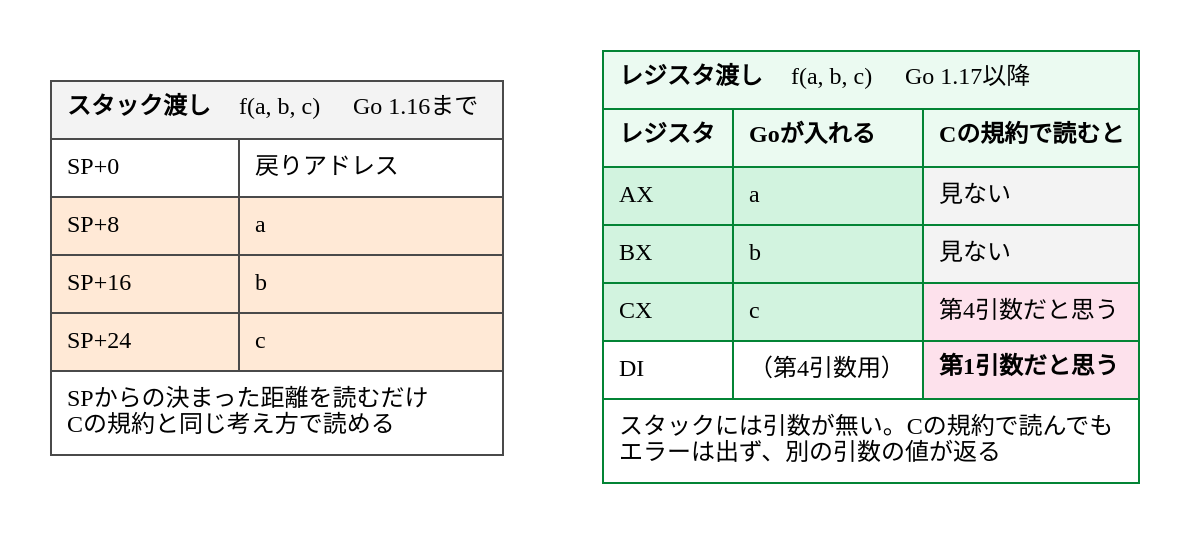
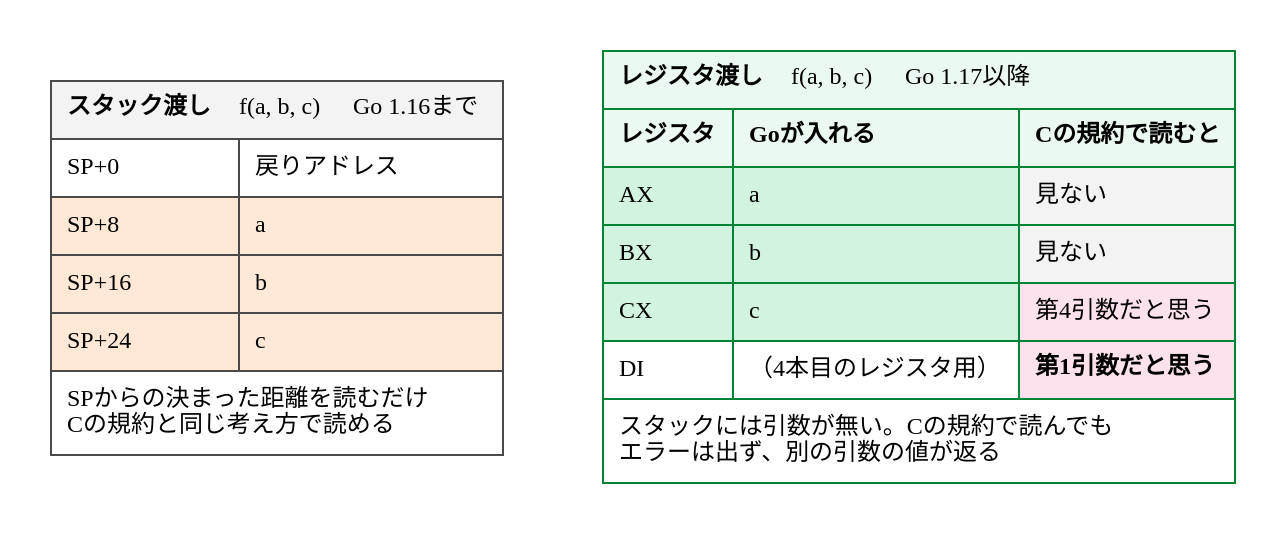
Before and after one commit to ymotongpoo/zenn.dev: the diagram in diagrams/go-ebpf-primer/20260911-convention-stack-vs-register.dot, drawn with Graphviz. The commit also changed 10 other files, not shown here.

Commit message:
fix(go-ebpf-primer): 本文の修正に合わせて図版4点を更新

```diff
--- a/diagrams/go-ebpf-primer/20260911-convention-stack-vs-register.dot
+++ b/diagrams/go-ebpf-primer/20260911-convention-stack-vs-register.dot
@@ -1,45 +1,45 @@
 // スタック渡しとレジスタ渡し
 digraph convention_stack_vs_register {
   graph [
     fontname="IBM Plex Sans JP", fontsize=13,
     rankdir=TB, compound=true, splines=ortho,
     nodesep=0.5, ranksep=0.7, pad=0.25,
     bgcolor="white", newrank=true
   ];
   node [
     fontname="IBM Plex Sans JP", fontsize=12,
     shape=box, style="rounded,filled",
     fillcolor="#F1F1F1", color="#4A4A4A", penwidth=1.6,
     margin="0.2,0.14"
   ];
   edge [
     fontname="IBM Plex Sans JP", fontsize=11,
     color="#343434", penwidth=1.4, arrowsize=0.9,
     fontcolor="#171717"
   ];
   rankdir=LR;
   nodesep=0.8;
 
   stackway [shape=plain, style="", label=<
     <table border="0" cellborder="1" cellspacing="0" cellpadding="7" color="#4A4A4A">
       <tr><td colspan="2" align="left" bgcolor="#F3F3F3"><b>スタック渡し</b>　<font face="JetBrains Mono">f(a, b, c)</font>　Go 1.16まで</td></tr>
       <tr><td align="left" bgcolor="#FFFFFF"><font face="JetBrains Mono">SP+0</font></td><td align="left" bgcolor="#FFFFFF">戻りアドレス</td></tr>
       <tr><td align="left" bgcolor="#FFE9D6"><font face="JetBrains Mono">SP+8</font></td><td align="left" bgcolor="#FFE9D6"><font face="JetBrains Mono">a</font></td></tr>
       <tr><td align="left" bgcolor="#FFE9D6"><font face="JetBrains Mono">SP+16</font></td><td align="left" bgcolor="#FFE9D6"><font face="JetBrains Mono">b</font></td></tr>
       <tr><td align="left" bgcolor="#FFE9D6"><font face="JetBrains Mono">SP+24</font></td><td align="left" bgcolor="#FFE9D6"><font face="JetBrains Mono">c</font></td></tr>
       <tr><td colspan="2" align="left" bgcolor="#FFFFFF">SPからの決まった距離を読むだけ<br align="left"/>Cの規約と同じ考え方で読める<br align="left"/></td></tr>
     </table>>];
 
   regway [shape=plain, style="", label=<
     <table border="0" cellborder="1" cellspacing="0" cellpadding="7" color="#038435">
       <tr><td colspan="3" align="left" bgcolor="#EBFAF1"><b>レジスタ渡し</b>　<font face="JetBrains Mono">f(a, b, c)</font>　Go 1.17以降</td></tr>
       <tr><td align="left" bgcolor="#EBFAF1"><b>レジスタ</b></td><td align="left" bgcolor="#EBFAF1"><b>Goが入れる</b></td><td align="left" bgcolor="#EBFAF1"><b>Cの規約で読むと</b></td></tr>
       <tr><td align="left" bgcolor="#D2F3DF"><font face="JetBrains Mono">AX</font></td><td align="left" bgcolor="#D2F3DF"><font face="JetBrains Mono">a</font></td><td align="left" bgcolor="#F3F3F3">見ない</td></tr>
       <tr><td align="left" bgcolor="#D2F3DF"><font face="JetBrains Mono">BX</font></td><td align="left" bgcolor="#D2F3DF"><font face="JetBrains Mono">b</font></td><td align="left" bgcolor="#F3F3F3">見ない</td></tr>
       <tr><td align="left" bgcolor="#D2F3DF"><font face="JetBrains Mono">CX</font></td><td align="left" bgcolor="#D2F3DF"><font face="JetBrains Mono">c</font></td><td align="left" bgcolor="#FDE1EC">第4引数だと思う</td></tr>
-      <tr><td align="left" bgcolor="#FFFFFF"><font face="JetBrains Mono">DI</font></td><td align="left" bgcolor="#FFFFFF">（第4引数用）</td><td align="left" bgcolor="#FDE1EC"><b>第1引数だと思う</b></td></tr>
+      <tr><td align="left" bgcolor="#FFFFFF"><font face="JetBrains Mono">DI</font></td><td align="left" bgcolor="#FFFFFF">（4本目のレジスタ用）</td><td align="left" bgcolor="#FDE1EC"><b>第1引数だと思う</b></td></tr>
       <tr><td colspan="3" align="left" bgcolor="#FFFFFF">スタックには引数が無い。Cの規約で読んでも<br align="left"/>エラーは出ず、別の引数の値が返る<br align="left"/></td></tr>
     </table>>];
 
   stackway -> regway [style=invis];
 }
```
